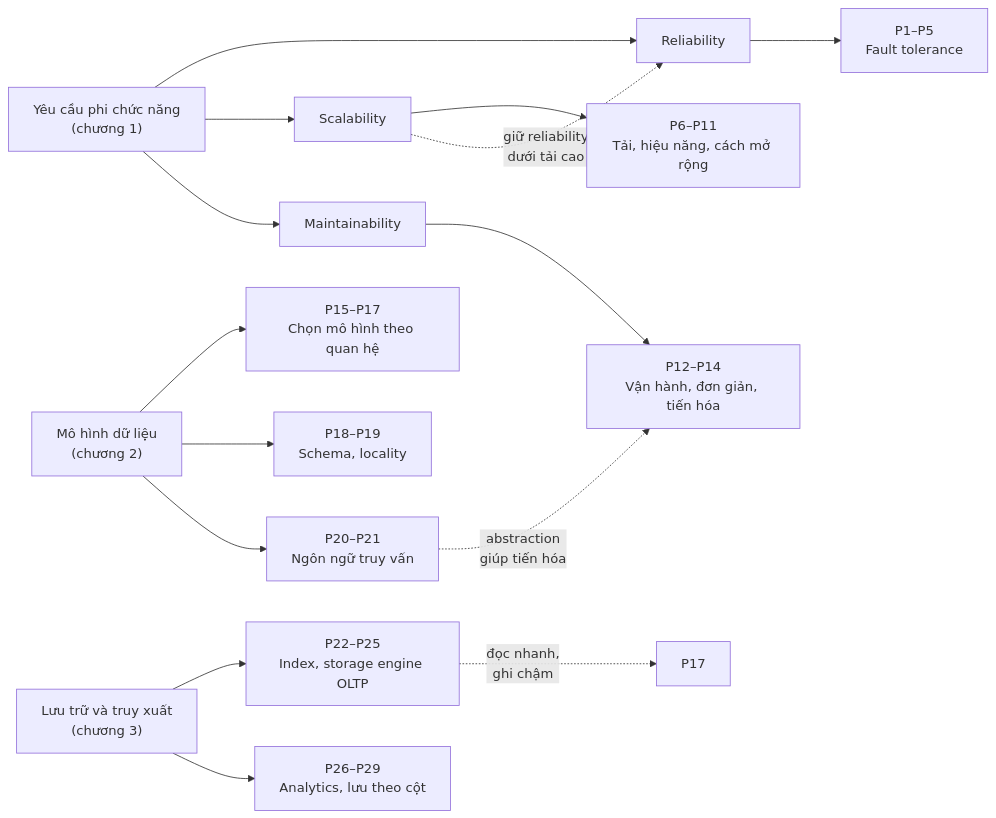
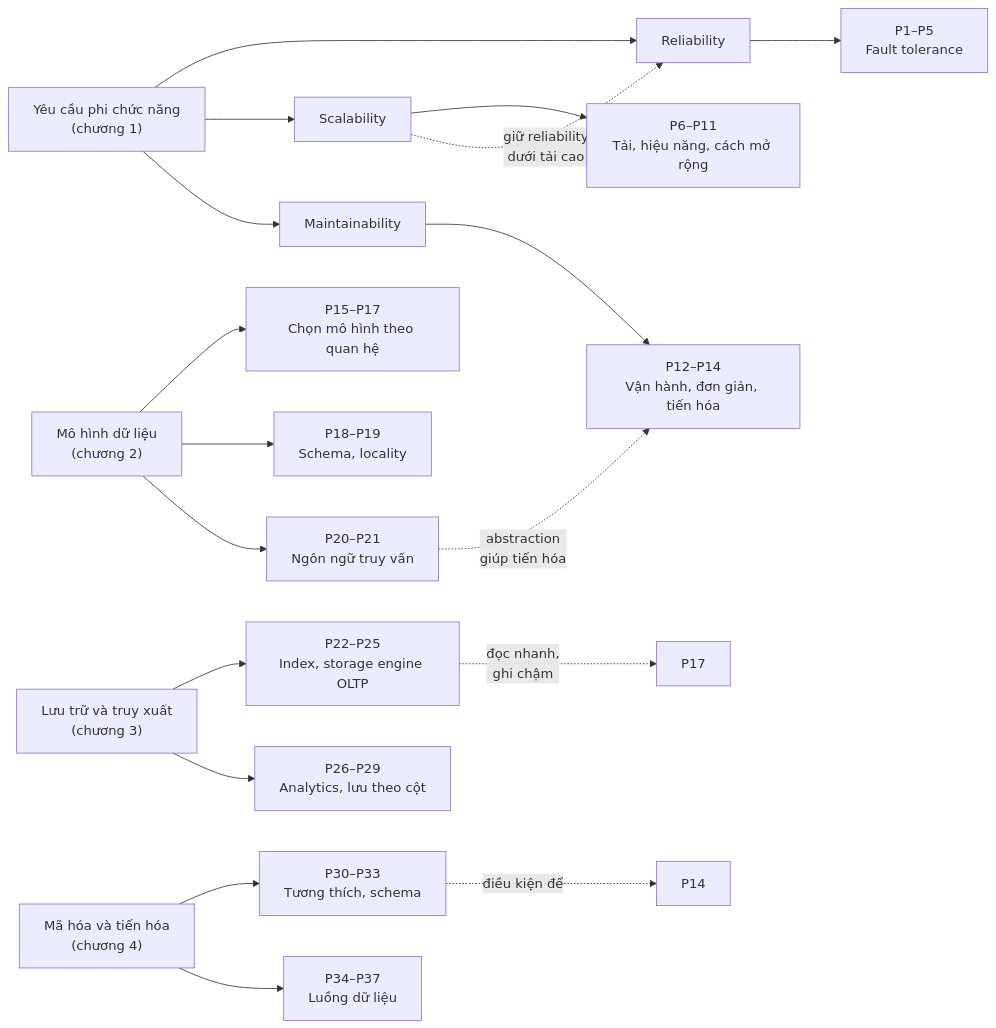
Before and after one commit to pnt2004/Public-Document: the diagram in DDIA/ddia-notes/system-design-concepts.md, drawn with Mermaid. The commit also changed other lines of this file and 5 other files, not shown here.

````diff
--- a/DDIA/ddia-notes/system-design-concepts.md
+++ b/DDIA/ddia-notes/system-design-concepts.md
@@ -9,17 +9,20 @@
 ```mermaid
 flowchart LR
     REQ["Yêu cầu phi chức năng<br/>(chương 1)"] --> R["Reliability"]
     REQ --> S["Scalability"]
     REQ --> M["Maintainability"]
     R --> P1["P1–P5<br/>Fault tolerance"]
     S --> P6["P6–P11<br/>Tải, hiệu năng, cách mở rộng"]
     M --> P12["P12–P14<br/>Vận hành, đơn giản, tiến hóa"]
     S -.->|"giữ reliability<br/>dưới tải cao"| R
     DM["Mô hình dữ liệu<br/>(chương 2)"] --> P15["P15–P17<br/>Chọn mô hình theo quan hệ"]
     DM --> P18["P18–P19<br/>Schema, locality"]
     DM --> P20["P20–P21<br/>Ngôn ngữ truy vấn"]
     P20 -.->|"abstraction<br/>giúp tiến hóa"| P12
     ST["Lưu trữ và truy xuất<br/>(chương 3)"] --> P22["P22–P25<br/>Index, storage engine OLTP"]
     ST --> P26["P26–P29<br/>Analytics, lưu theo cột"]
     P22 -.->|"đọc nhanh,<br/>ghi chậm"| P17
+    EN["Mã hóa và tiến hóa<br/>(chương 4)"] --> P30["P30–P33<br/>Tương thích, schema"]
+    EN --> P34["P34–P37<br/>Luồng dữ liệu"]
+    P30 -.->|"điều kiện để"| P14
 ```
````
